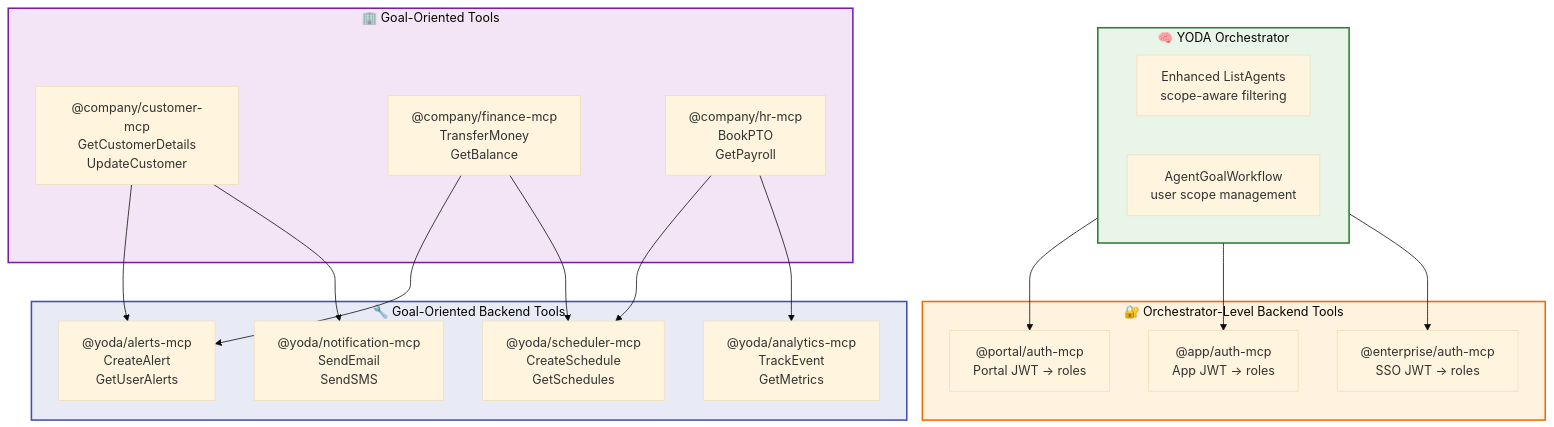
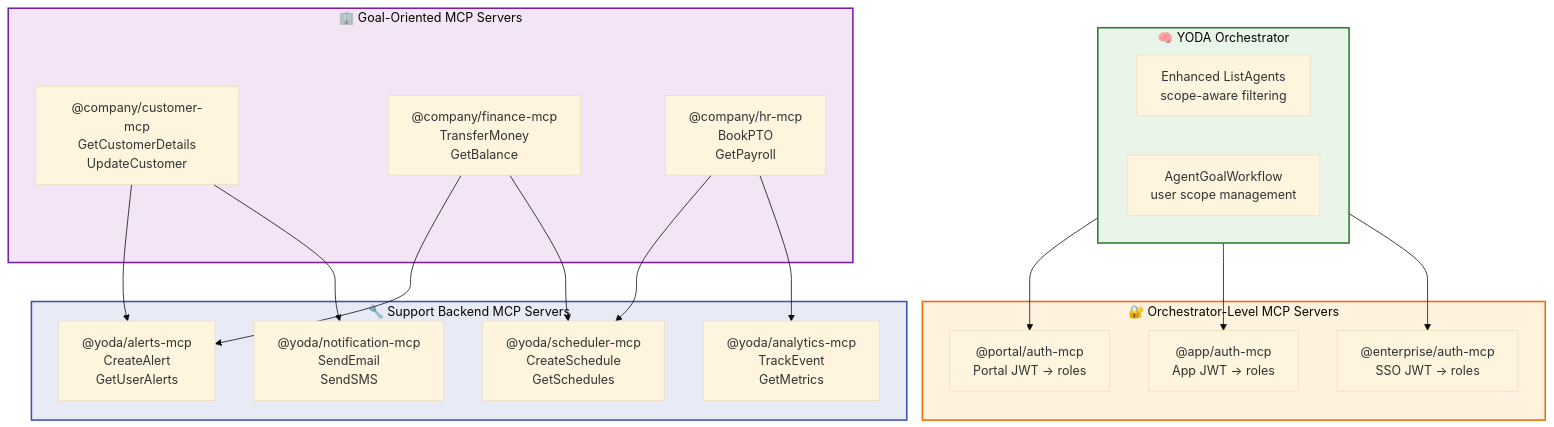
Before and after one commit to shin-hyuk/yoda: the third of 4 diagrams in YODA_ARCHITECTURE.md, drawn with Mermaid (base theme). The commit also changed other lines of this file, not shown here.

````diff
--- a/YODA_ARCHITECTURE.md
+++ b/YODA_ARCHITECTURE.md
@@ -240,49 +240,49 @@
 ```mermaid
 graph TD
     subgraph YODA ["🧠 YODA Orchestrator"]
         ListAgents["Enhanced ListAgents<br/>scope-aware filtering"]
         Workflow["AgentGoalWorkflow<br/>user scope management"]
     end
     
-    subgraph OrchBackend ["🔐 Orchestrator-Level Backend Tools"]
+    subgraph OrchMCP ["🔐 Orchestrator-Level MCP Servers"]
         PortalAuth["@portal/auth-mcp<br/>Portal JWT → roles"]
         AppAuth["@app/auth-mcp<br/>App JWT → roles"] 
         EnterpriseAuth["@enterprise/auth-mcp<br/>SSO JWT → roles"]
     end
     
-    subgraph GoalBackend ["🔧 Goal-Oriented Backend Tools"]
+    subgraph SupportMCP ["🔧 Support Backend MCP Servers"]
         AlertsMCP["@yoda/alerts-mcp<br/>CreateAlert<br/>GetUserAlerts"]
         ScheduleMCP["@yoda/scheduler-mcp<br/>CreateSchedule<br/>GetSchedules"]
         NotificationMCP["@yoda/notification-mcp<br/>SendEmail<br/>SendSMS"]
         AnalyticsMCP["@yoda/analytics-mcp<br/>TrackEvent<br/>GetMetrics"]
     end
     
-    subgraph BusinessTools ["🏢 Goal-Oriented Tools"]
+    subgraph GoalMCP ["🏢 Goal-Oriented MCP Servers"]
         CustomerMCP["@company/customer-mcp<br/>GetCustomerDetails<br/>UpdateCustomer"]
         FinanceMCP["@company/finance-mcp<br/>TransferMoney<br/>GetBalance"]
         HRMCP["@company/hr-mcp<br/>BookPTO<br/>GetPayroll"]
     end
     
-    %% Orchestrator uses platform-specific auth
+    %% Orchestrator uses orchestrator-level MCP servers
     YODA --> PortalAuth
     YODA --> AppAuth  
     YODA --> EnterpriseAuth
     
-    %% Business tools use goal-oriented backend tools
+    %% Goal-oriented MCP servers use support backend MCP servers
     CustomerMCP --> AlertsMCP
     CustomerMCP --> NotificationMCP
     FinanceMCP --> AlertsMCP
     FinanceMCP --> ScheduleMCP
     HRMCP --> ScheduleMCP
     HRMCP --> AnalyticsMCP
     
     classDef orch fill:#e8f5e8,stroke:#2e7d32,stroke-width:2px
-    classDef orchBackend fill:#fff3e0,stroke:#ef6c00,stroke-width:2px
-    classDef goalBackend fill:#e8eaf6,stroke:#3f51b5,stroke-width:2px
-    classDef business fill:#f3e5f5,stroke:#7b1fa2,stroke-width:2px
+    classDef orchMCP fill:#fff3e0,stroke:#ef6c00,stroke-width:2px
+    classDef supportMCP fill:#e8eaf6,stroke:#3f51b5,stroke-width:2px
+    classDef goalMCP fill:#f3e5f5,stroke:#7b1fa2,stroke-width:2px
     
     class YODA orch
-    class OrchBackend orchBackend
-    class GoalBackend goalBackend
-    class BusinessTools business
+    class OrchMCP orchMCP
+    class SupportMCP supportMCP
+    class GoalMCP goalMCP
 ```
````
